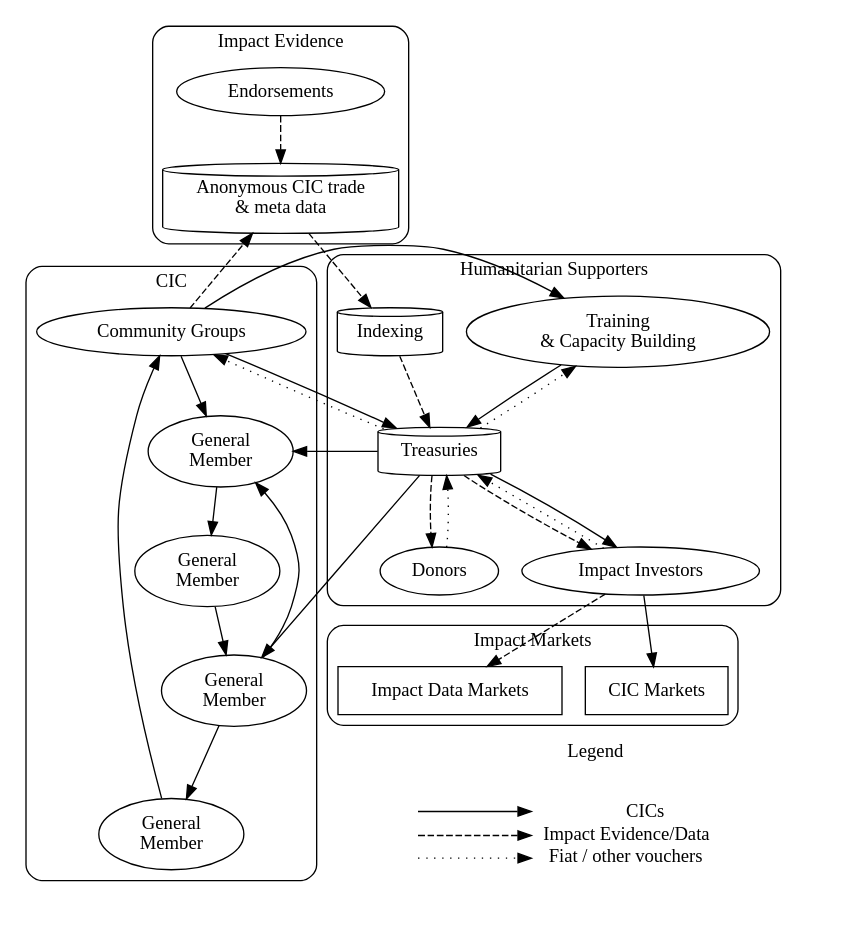
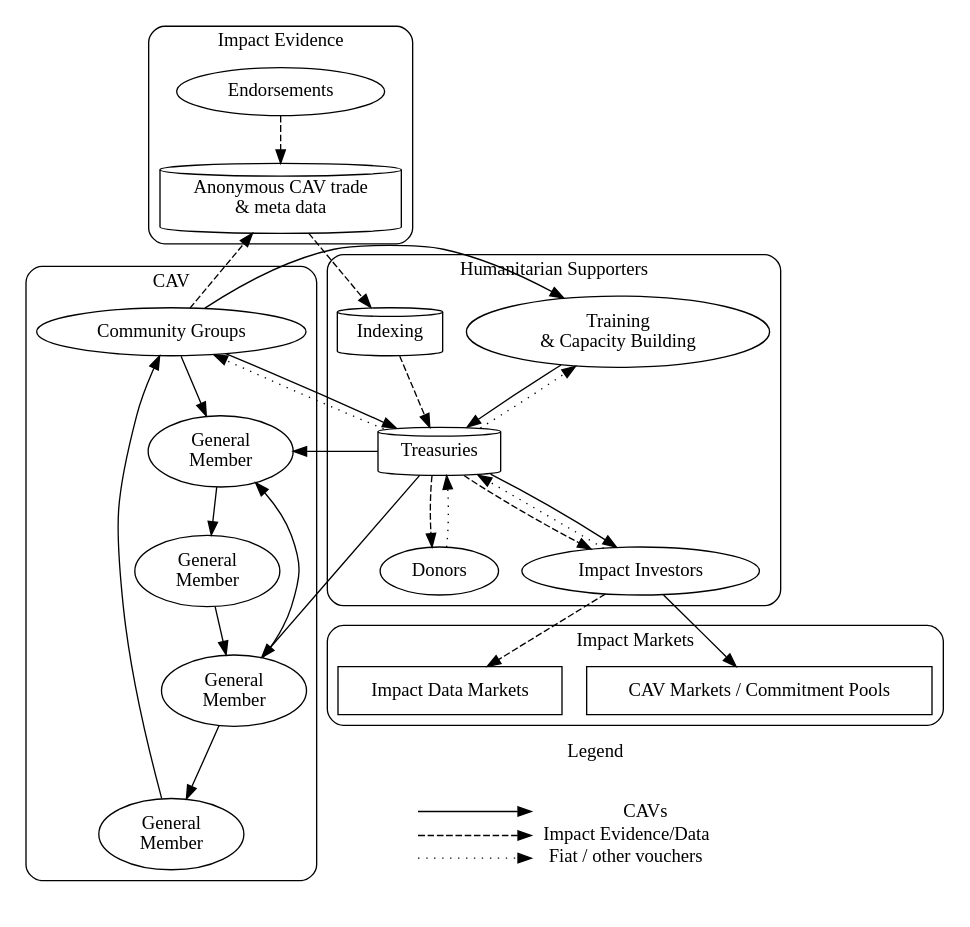
One commit to grassrootseconomics/docs.grassecon.org changed the diagram in docs/ops/support.md. Above: the diagram before and after it, drawn with Graphviz. The commit also changed other lines of this file and 18 other files, not shown here.

```diff
--- a/docs/ops/support.md
+++ b/docs/ops/support.md
@@ -15,7 +15,7 @@
   rankdir=TB;
   subgraph cluster_v_1 {
 
-    label = "CIC";
+    label = "CAV";
      style="rounded"
 
 
@@ -36,7 +36,7 @@
 
 
 	endo [label= "Endorsements"]
-	datam [label= "Anonymous CIC trade \n& meta data" , shape = cylinder]
+	datam [label= "Anonymous CAV trade \n& meta data" , shape = cylinder]
 
 
   }
@@ -45,7 +45,7 @@
      rank=tb;
      label = "Impact Markets";
      style="rounded"
-	cucm [label= "CIC Markets", shape = box]
+	cucm [label= "CAV Markets / Commitment Pools", shape = box]
 	nftm [label= "Impact Data Markets", shape = box]
 
   }
@@ -100,7 +100,7 @@
       <tr><td align="right" port="i3"> </td></tr>
       </table>> ]
     key2 [ label=<<table border="0" cellpadding="1" cellspacing="0" cellborder="0">
-      <tr><td align="left" port="i1"> </td><td>CICs</td></tr>
+      <tr><td align="left" port="i1"> </td><td>CAVs</td></tr>
       <tr><td align="left" port="i2"> </td><td>Impact Evidence/Data</td></tr>
       <tr><td align="left" port="i3"> </td><td>Fiat / other vouchers</td></tr>
       </table>>]
```
